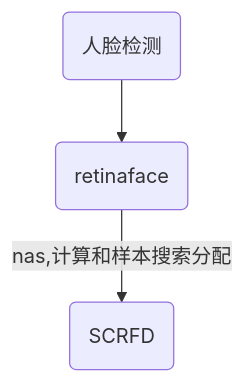
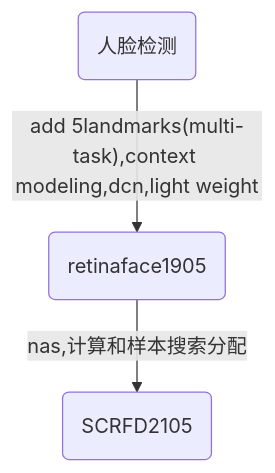
The fifth of 9 diagrams in preview/detection.md (imerse/imerse.github.io), drawn with Mermaid before and after one commit. The commit also changed 5 other files, not shown here.

````diff
--- a/preview/detection.md
+++ b/preview/detection.md
@@ -64,5 +64,5 @@
 ``` mermaid
 graph TD
-    S("人脸检测") --> RE(retinaface) --"nas,计算和样本搜索分配"--> SC("SCRFD")
+    S("人脸检测") --"add 5landmarks(multi-task),context modeling,dcn,light weight"--> RE(retinaface1905) --"nas,计算和样本搜索分配"--> SC("SCRFD2105")
     
 ```
````
